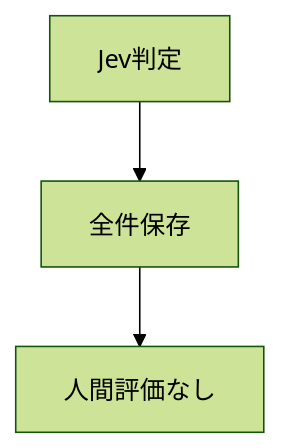
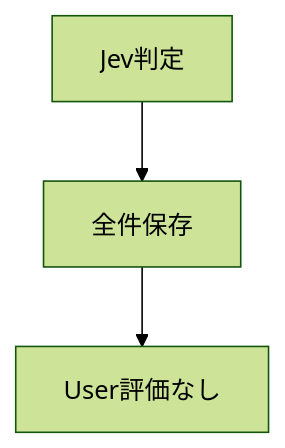
One commit to t-oikawa-sendai/jev-news-selector changed the second of 3 diagrams in docs/design/06_OPERATION_AND_HANDOFF.md. Above: the diagram before and after it, drawn with Mermaid (forest theme). The commit also changed other lines of this file and 13 other files, not shown here.

````diff
--- a/docs/design/06_OPERATION_AND_HANDOFF.md
+++ b/docs/design/06_OPERATION_AND_HANDOFF.md
@@ -156,5 +156,5 @@
 ```mermaid
 flowchart TD
     a["Jev判定"] --> b["全件保存"]
-    b --> c["人間評価なし"]
+    b --> c["User評価なし"]
 ```
````
